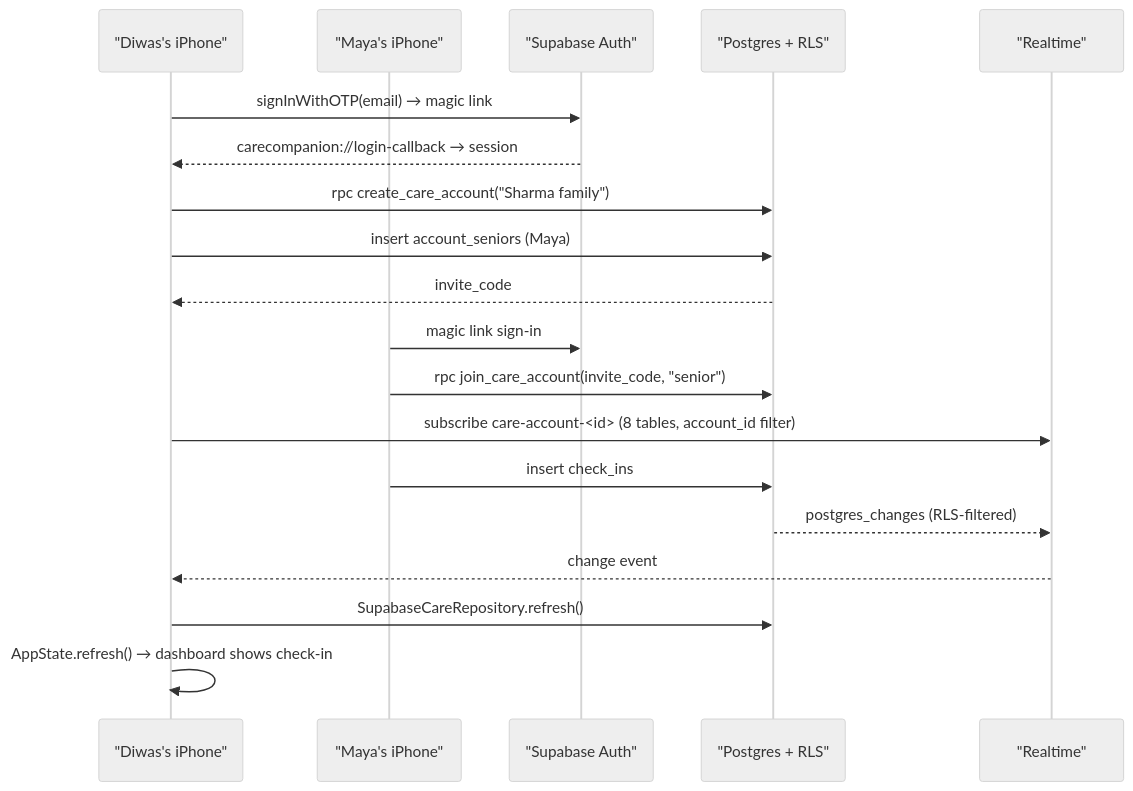
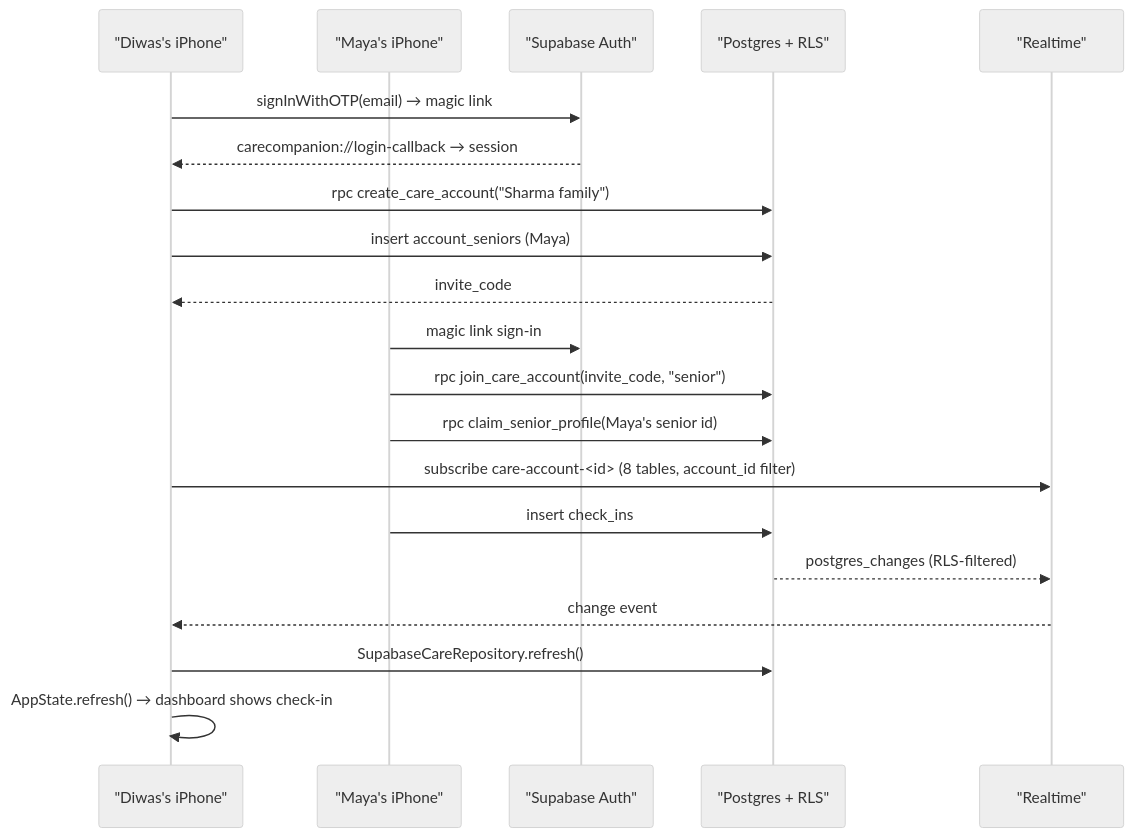
One commit to diwaspandit/carecompanion changed the diagram in docs/DATABASE.md. Above: the diagram before and after it, drawn with Mermaid (neutral theme). The commit also changed other lines of this file and 5 other files, not shown here.

````diff
--- a/docs/DATABASE.md
+++ b/docs/DATABASE.md
@@ -74,22 +78,23 @@
 ```mermaid
 sequenceDiagram
     participant Diwas as "Diwas's iPhone"
     participant Maya as "Maya's iPhone"
     participant Auth as "Supabase Auth"
     participant DB as "Postgres + RLS"
     participant RT as "Realtime"
 
     Diwas->>Auth: signInWithOTP(email) → magic link
     Auth-->>Diwas: carecompanion://login-callback → session
     Diwas->>DB: rpc create_care_account("Sharma family")
     Diwas->>DB: insert account_seniors (Maya)
     DB-->>Diwas: invite_code
     Maya->>Auth: magic link sign-in
     Maya->>DB: rpc join_care_account(invite_code, "senior")
+    Maya->>DB: rpc claim_senior_profile(Maya's senior id)
     Diwas->>RT: subscribe care-account-<id> (8 tables, account_id filter)
     Maya->>DB: insert check_ins
     DB-->>RT: postgres_changes (RLS-filtered)
     RT-->>Diwas: change event
     Diwas->>DB: SupabaseCareRepository.refresh()
     Diwas->>Diwas: AppState.refresh() → dashboard shows check-in
 ```
````
